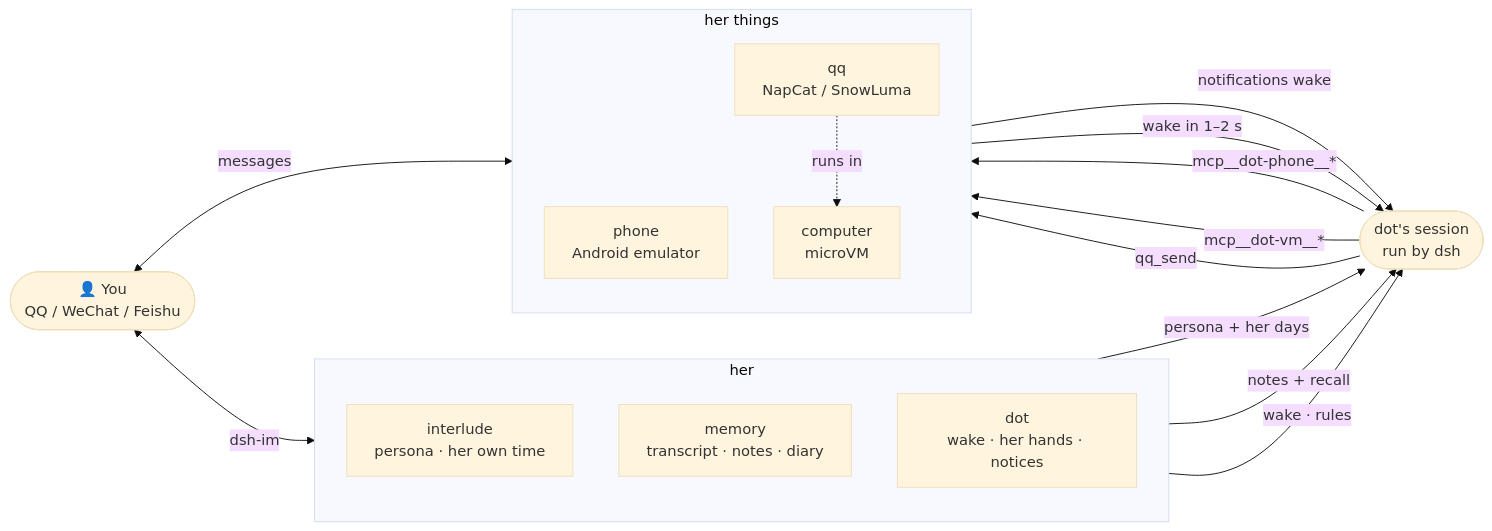
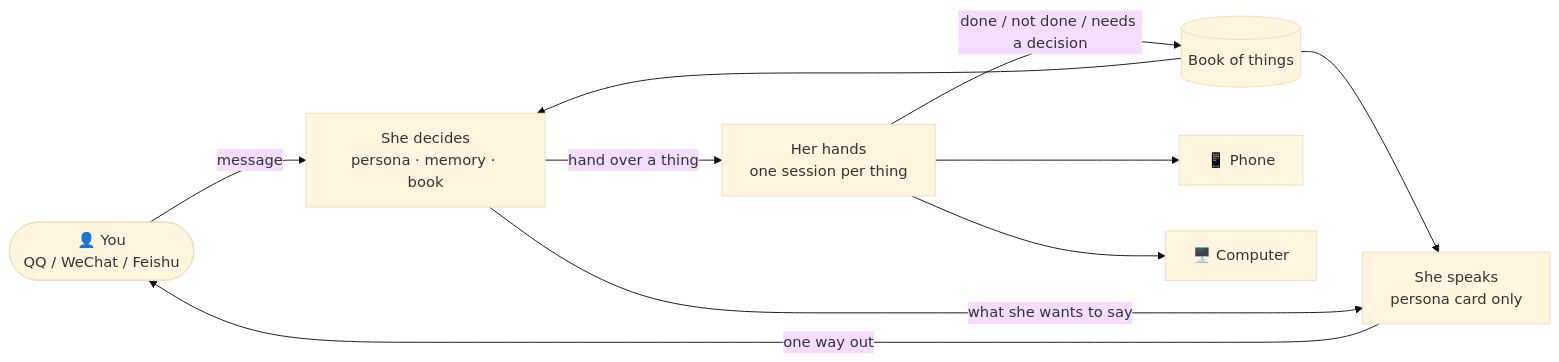
One commit to Kevinwu901113/dsh-dot changed the diagram in README.en.md. Above: the diagram before and after it, drawn with Mermaid (base theme). The commit also changed other lines of this file and 2 other files, not shown here.

First line of the commit message:
README for users: what makes her different, which setup, FAQ, a short how-it-works; reference moves to docs/USAGE.md

````diff
--- a/README.en.md
+++ b/README.en.md
@@ -111,29 +172,19 @@
 ```mermaid
 flowchart LR
     you(["👤 You<br/>QQ / WeChat / Feishu"])
-    subgraph self["her"]
-        direction TB
-        interlude["interlude<br/>persona · her own time"]
-        memory["memory<br/>transcript · notes · diary"]
-        contact["dot<br/>wake · her hands · notices"]
-    end
-    session(["dot's session<br/>run by dsh"])
-    subgraph things["her things"]
-        direction TB
-        phone["phone<br/>Android emulator"]
-        computer["computer<br/>microVM"]
-        qq["qq<br/>NapCat / SnowLuma"]
-    end
+    decide["She decides<br/>persona · memory · book"]
+    hands["Her hands<br/>one session per thing"]
+    voice["She speaks<br/>persona card only"]
+    book[("Book of things")]
+    phone["📱 Phone"]
+    computer["🖥️ Computer"]
 
-    you <-->|messages| qq
-    you <-->|dsh-im| contact
-    interlude -->|persona + her days| session
-    memory -->|notes + recall| session
-    contact -->|wake · rules| session
-    session -->|mcp__dot-phone__*| phone
-    session -->|mcp__dot-vm__*| computer
-    session -->|qq_send| qq
-    phone -->|notifications wake| session
-    qq -->|wake in 1–2 s| session
-    qq -.runs in.-> computer
+    you -->|message| decide
+    decide -->|hand over a thing| hands
+    hands --> phone & computer
+    hands -->|done / not done / needs a decision| book
+    book --> decide
+    book --> voice
+    decide -->|what she wants to say| voice
+    voice -->|one way out| you
 ```
````
